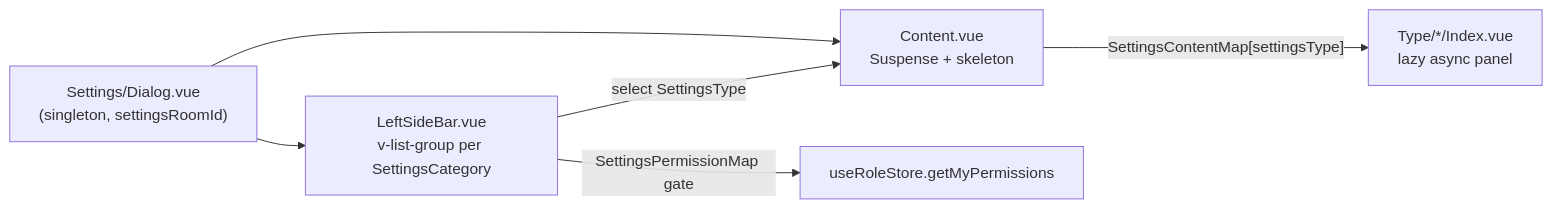
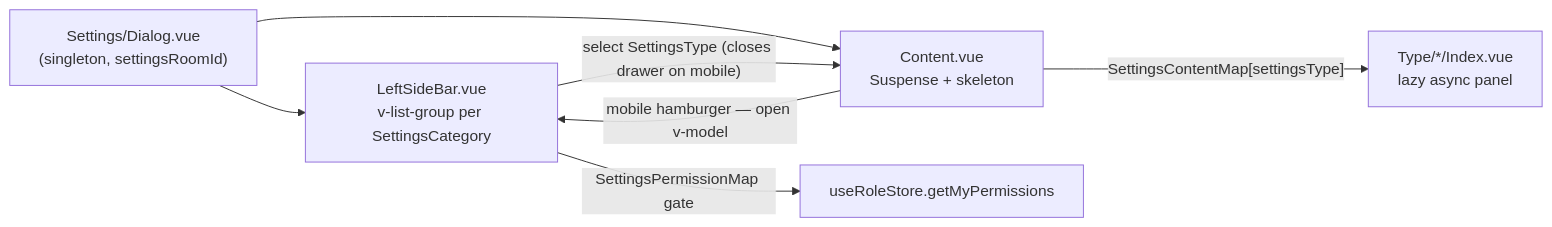
Before and after one commit to Esposter/Esposter: the diagram in packages/app/content/docs/esbabbler/room-settings.md, drawn with Mermaid. The commit also changed other lines of this file and 36 other files, not shown here.

````diff
--- a/packages/app/content/docs/esbabbler/room-settings.md
+++ b/packages/app/content/docs/esbabbler/room-settings.md
@@ -28,8 +28,9 @@
 ```mermaid
 flowchart LR
   Dialog["Settings/Dialog.vue<br/>(singleton, settingsRoomId)"] --> LeftSideBar["LeftSideBar.vue<br/>v-list-group per SettingsCategory"]
   Dialog --> Content["Content.vue<br/>Suspense + skeleton"]
-  LeftSideBar -- "select SettingsType" --> Content
+  LeftSideBar -- "select SettingsType (closes drawer on mobile)" --> Content
   Content -- "SettingsContentMap[settingsType]" --> Panel["Type/*/Index.vue<br/>lazy async panel"]
+  Content -- "mobile hamburger — open v-model" --> LeftSideBar
   LeftSideBar -- "SettingsPermissionMap gate" --> RBAC["useRoleStore.getMyPermissions"]
 ```
````
